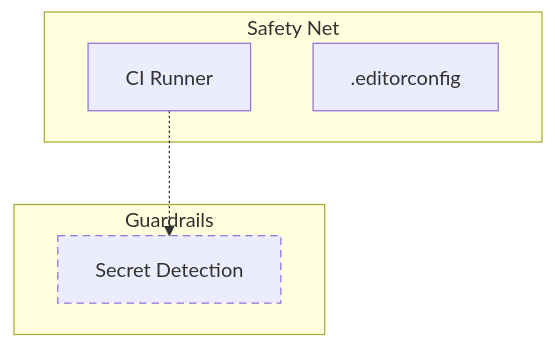
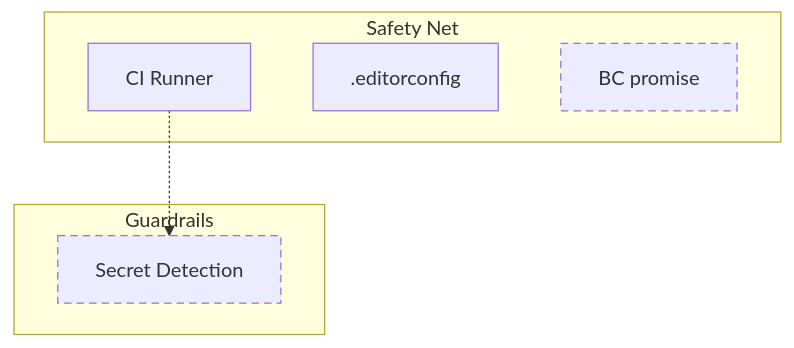
One commit to Art4/continuous-refactoring changed the diagram in docs/tooling/packs/generic.md. Above: the diagram before and after it, drawn with Mermaid. The commit also changed other lines of this file and 20 other files, not shown here.

First line of the commit message:
The BC promise becomes a Tool on request with an Opener

````diff
--- a/docs/tooling/packs/generic.md
+++ b/docs/tooling/packs/generic.md
@@ -9,13 +9,14 @@
 ```mermaid
 flowchart TD
   subgraph t_safety_net["Safety Net"]
     s_ci_runner["CI Runner"]
     s_editorconfig[".editorconfig"]
+    s_bc_promise["BC promise"]
   end
   subgraph t_guardrails["Guardrails"]
     s_secret_detection["Secret Detection"]
   end
   s_ci_runner -.-> s_secret_detection
   classDef onRequest stroke-dasharray: 6 4
-  class s_secret_detection onRequest
+  class s_bc_promise,s_secret_detection onRequest
 ```
````
